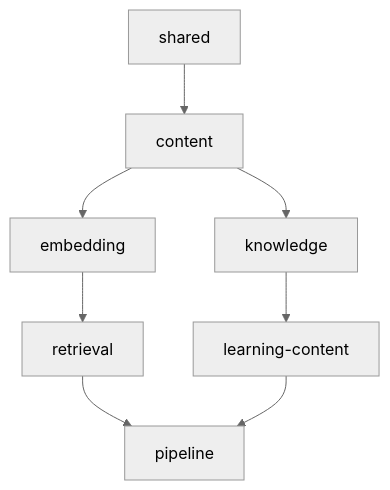
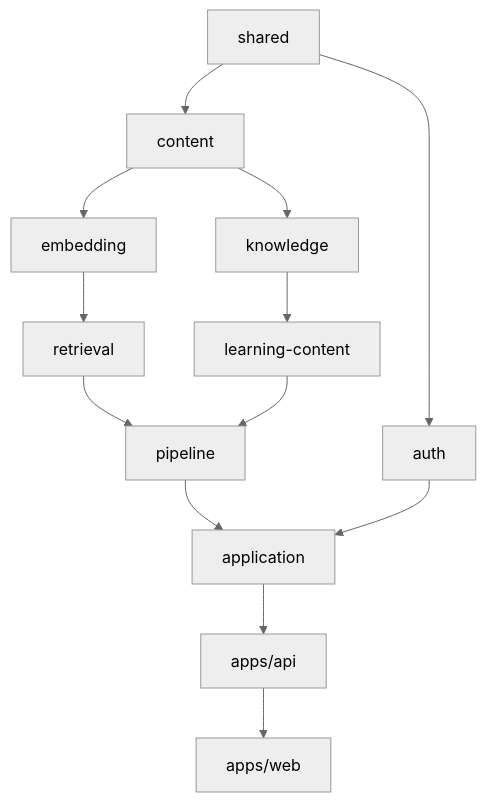
The first of 2 diagrams in docs/ARCHITECTURE.md (yash-mishraa/Kogniq), drawn with Mermaid (neutral theme) before and after one commit. The commit also changed other lines of this file and 37 other files, not shown here.

````diff
--- a/docs/ARCHITECTURE.md
+++ b/docs/ARCHITECTURE.md
@@ -21,10 +21,15 @@
 ```mermaid
 flowchart TD
     shared --> content
     content --> embedding
     embedding --> retrieval
     retrieval --> pipeline
     content --> knowledge
     knowledge --> learning-content
     learning-content --> pipeline
+    shared --> auth
+    pipeline --> application
+    auth --> application
+    application --> apps_api[apps/api]
+    apps_api --> apps_web[apps/web]
 ```
````
